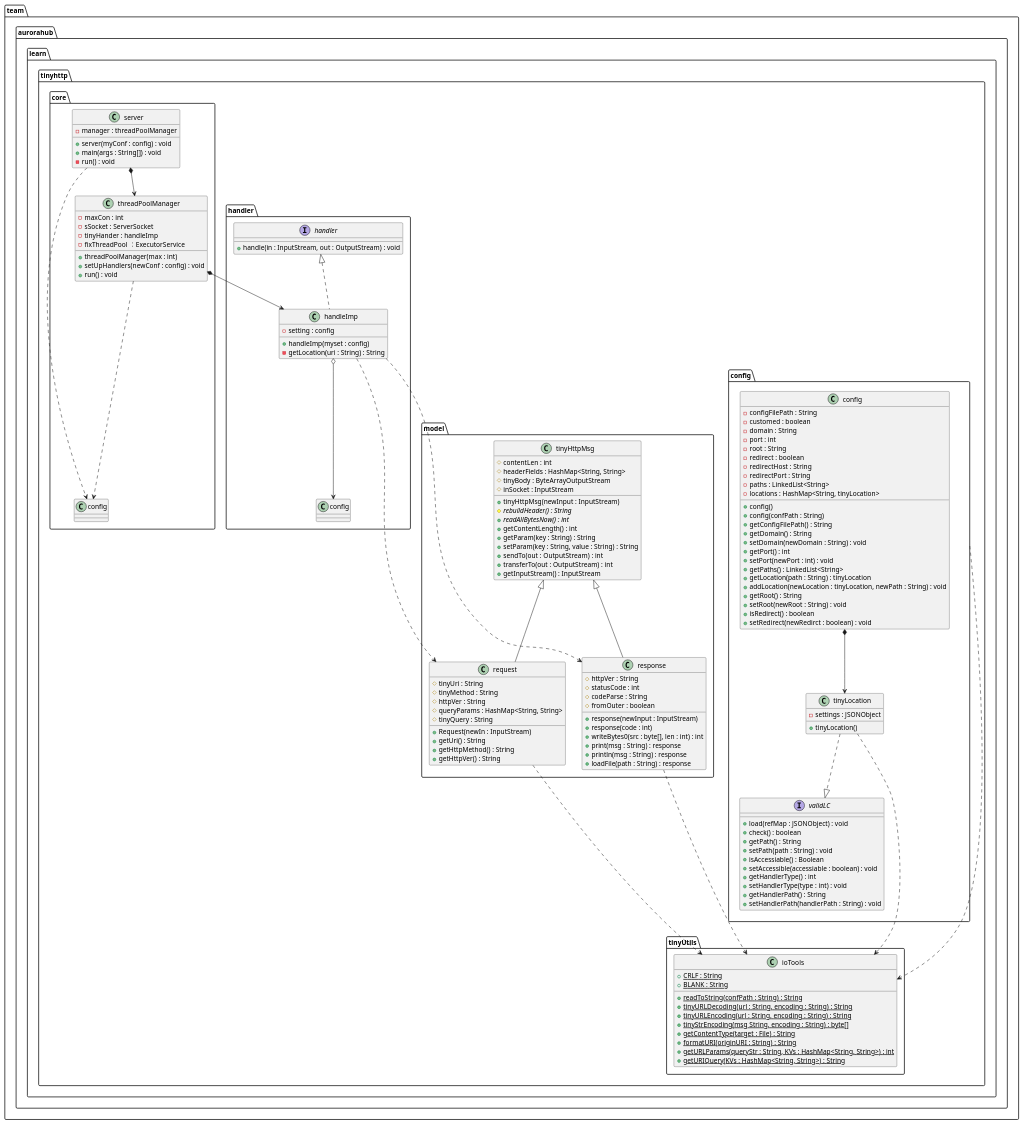
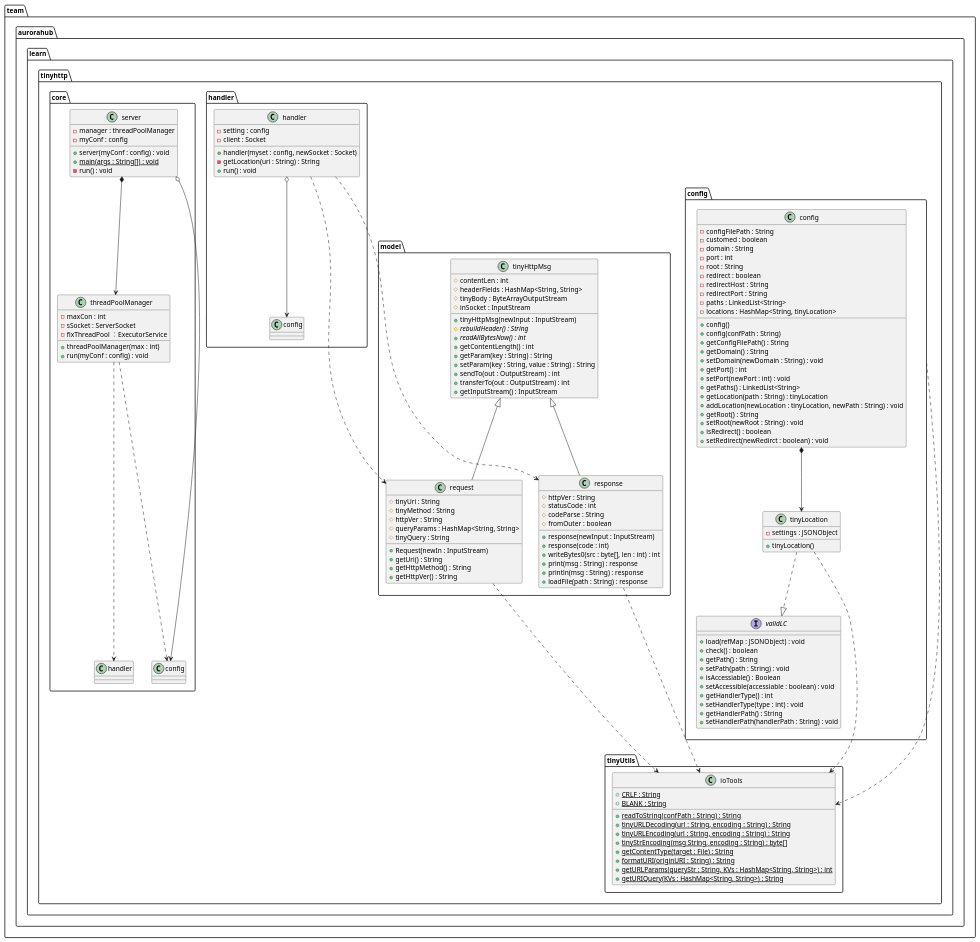
One commit to ChanthMiao/tinyhttp changed the diagram in resources/design.wsd. Above: the diagram before and after it, drawn with PlantUML. The commit also changed 10 other files, not shown here.

Commit message:
Refactoring the multi-thread manager

```diff
--- a/resources/design.wsd
+++ b/resources/design.wsd
@@ -1,159 +1,157 @@
 @startuml tinyhttp
 package team.aurorahub.learn.tinyhttp{
 
     package team.aurorahub.learn.tinyhttp.config{
         interface validLC {
             +load(refMap : JSONObject) : void
             +check() : boolean
             +getPath() : String
             +setPath(path : String) : void
             +isAccessiable() : Boolean
             +setAccessible(accessiable : boolean) : void
             +getHandlerType() : int
             +setHandlerType(type : int) : void
             +getHandlerPath() : String
             +setHandlerPath(handlerPath : String) : void
         }
 
         class tinyLocation {
             -settings : JSONObject
             +tinyLocation()
         }
 
         tinyLocation ..|> validLC
 
         class config{
             -configFilePath : String
             -customed : boolean
             -domain : String
             -port : int
             -root : String
             -redirect : boolean
             -redirectHost : String
             -redirectPort : String
             -paths : LinkedList<String>
             -locations : HashMap<String, tinyLocation>
             +config()
             +config(confPath : String)
             +getConfigFilePath() : String
             +getDomain() : String
             +setDomain(newDomain : String) : void
             +getPort() : int
             +setPort(newPort : int) : void
             +getPaths() : LinkedList<String>
             +getLocation(path : String) : tinyLocation
             +addLocation(newLocation : tinyLocation, newPath : String) : void
             +getRoot() : String
             +setRoot(newRoot : String) : void
             +isRedirect() : boolean
             +setRedirect(newRedirct : boolean) : void
         }
 
         config *--> tinyLocation
     }
 
     package team.aurorahub.learn.tinyhttp.model{
         class tinyHttpMsg{
             #contentLen : int
             #headerFields : HashMap<String, String>
             #tinyBody : ByteArrayOutputStream
             #inSocket : InputStream
             +tinyHttpMsg(newInput : InputStream)
             #{abstract}rebuildHeader() : String
             +{abstract}readAllBytesNow() : int
             +getContentLength() : int
             +getParam(key : String) : String
             +setParam(key : String, value : String) : String
             +sendTo(out : OutputStream) : int
             +transferTo(out : OutputStream) : int
             +getInputStream() : InputStream
         }
 
         class request{
             #tinyUri : String
             #tinyMethod : String
             #httpVer : String
             #queryParams : HashMap<String, String>
             #tinyQuery : String
             +Request(newIn : InputStream)
             +getUri() : String
             +getHttpMethod() : String
             +getHttpVer() : String
         }
 
         tinyHttpMsg <|-- request
 
         class response{
             #httpVer : String
             #statusCode : int
             #codeParse : String
             #fromOuter : boolean
             +response(newInput : InputStream)
             +response(code : int)
             +writeBytes0(src : byte[], len : int) : int
             +print(msg : String) : response
             +println(msg : String) : response
             +loadFile(path : String) : response
         }
 
         tinyHttpMsg <|-- response
     }
     package team.aurorahub.learn.tinyhttp.handler{
-        interface handler{
-            +handle(in : InputStream, out : OutputStream) : void
-        }
-        class handleImp{
+
+        class handler{
             -setting : config
-            +handleImp(myset : config)
+            -client : Socket
+            +handler(myset : config, newSocket : Socket)
             -getLocation(uri : String) : String
+            +run() : void
         }
 
-        handler <|.. handleImp
-        handleImp o--> config
-        handleImp ...> request
-        handleImp ...> response
+        handler o--> config
+        handler ...> request
+        handler ...> response
     }
 
     package team.aurorahub.learn.tinyhttp.core{
         class threadPoolManager{
             -maxCon : int
             -sSocket : ServerSocket
-            -tinyHander : handleImp
             -fixThreadPool ：ExecutorService
             +threadPoolManager(max : int)
-            +setUpHandlers(newConf : config) : void
-            +run() : void
+            +run(myConf : config) : void
         }
         threadPoolManager ...> config
-        threadPoolManager *--> handleImp
+        threadPoolManager ...> handler
 
         class server{
             -manager : threadPoolManager
+            -myConf : config
             +server(myConf : config) : void
-            +main(args : String[]) : void
+            +{static}main(args : String[]) : void
             -run() : void
         }
         server *--> threadPoolManager
-        server ...> config
+        server o--> config
     }
 
     package team.aurorahub.learn.tinyhttp.tinyUtils{
         class ioTools{
             +{static}CRLF : String
             +{static}BLANK : String
             +{static}readToString(confPath : String) : String
             +{static}tinyURLDecoding(url : String, encoding : String) : String
             +{static}tinyURLEncoding(url : String, encoding : String) : String
             +{static}tinyStrEncoding(msg String, encoding : String) : byte[]
             +{static}getContentType(target : File) : String
             +{static}formatURI(originURI : String) : String
             +{static}getURLParams(queryStr : String, KVs : HashMap<String, String>) : int
             +{static}getURIQuery(KVs : HashMap<String, String>) : String
         }
     }
     tinyLocation ...> ioTools
     config ...> ioTools
     response ..> ioTools
     request ...> ioTools
 }
 @enduml
```
